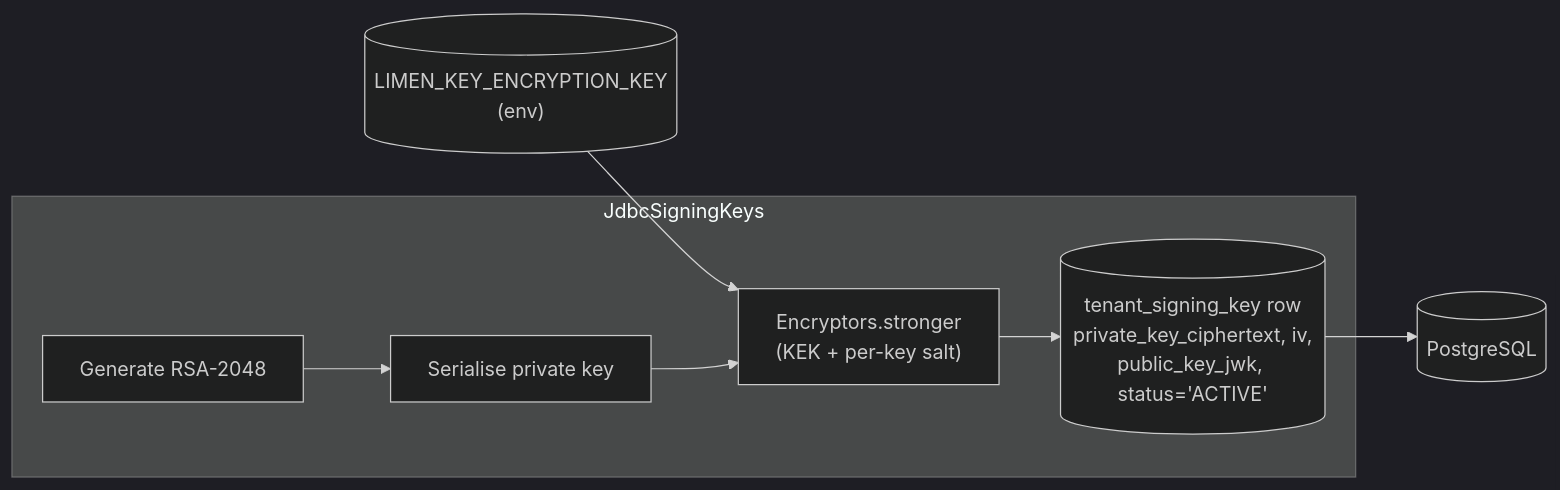
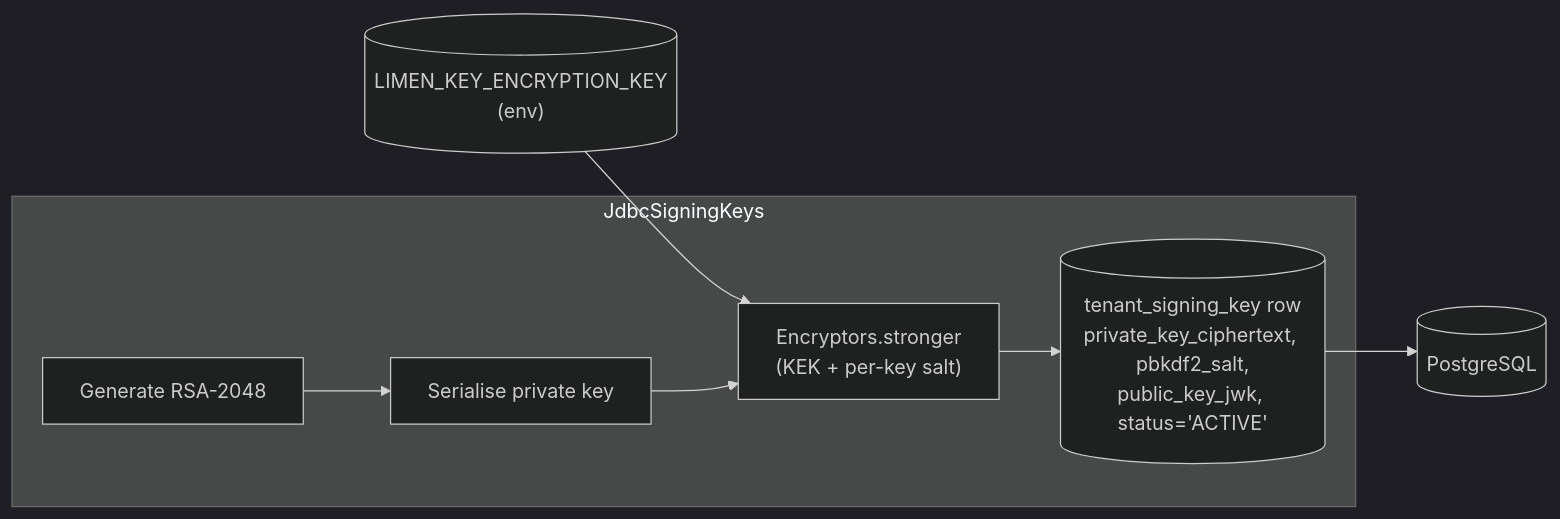
Before and after one commit to stucray/limen: the fourth of 8 diagrams in docs/reference/architecture.md, drawn with Mermaid (dark theme). The commit also changed other lines of this file and 5 other files, not shown here.

First line of the commit message:
refactor(security.signing): rename tenant_signing_key.iv → pbkdf2_salt (#296) (#298)

````diff
--- a/docs/reference/architecture.md
+++ b/docs/reference/architecture.md
@@ -280,10 +282,10 @@
 ```mermaid
 flowchart LR
     KEK[("LIMEN_KEY_ENCRYPTION_KEY<br/>(env)")] --> ENC
     subgraph JdbcSigningKeys
       GEN[Generate RSA-2048] --> SERIALISE[Serialise private key]
       SERIALISE --> ENC["Encryptors.stronger<br/>(KEK + per-key salt)"]
       ENC --> ROW
     end
-    ROW[("tenant_signing_key row<br/>private_key_ciphertext, iv,<br/>public_key_jwk, status='ACTIVE'")] --> DB[(PostgreSQL)]
+    ROW[("tenant_signing_key row<br/>private_key_ciphertext, pbkdf2_salt,<br/>public_key_jwk, status='ACTIVE'")] --> DB[(PostgreSQL)]
 ```
````
